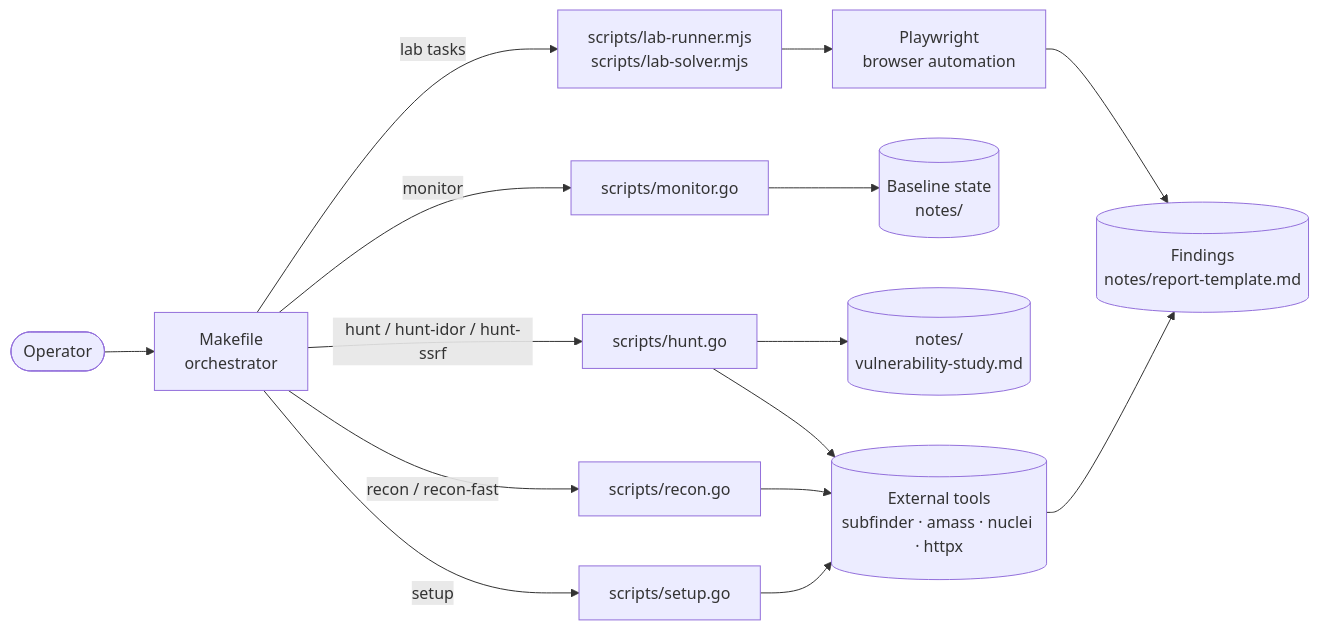
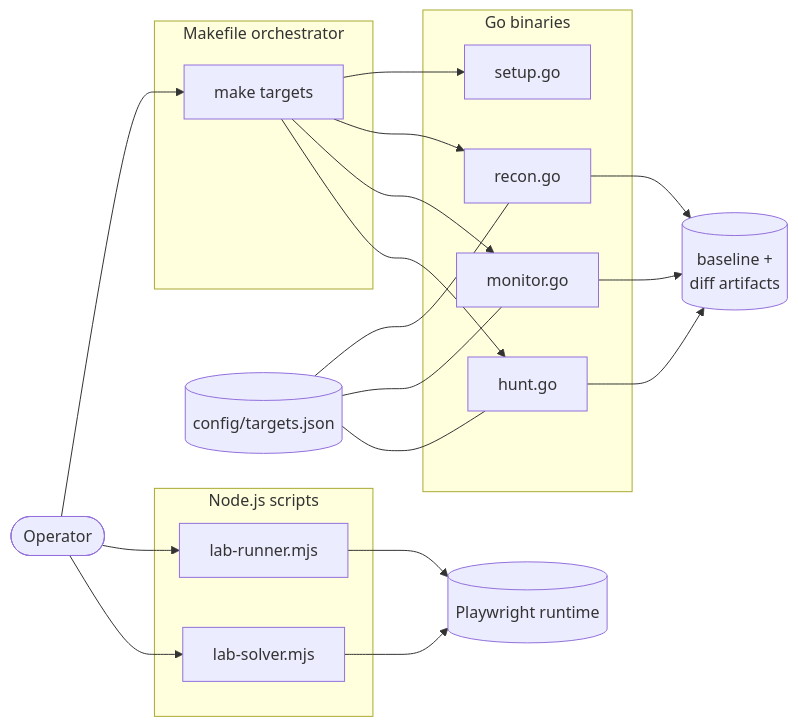
The diagram in README.md (jclee941/bug), drawn with Mermaid before and after one commit. The commit also changed other lines of this file, not shown here.

````diff
--- a/README.md
+++ b/README.md
@@ -53,19 +69,44 @@
 ```mermaid
 flowchart LR
-    User([Operator]) --> Make[Makefile<br/>orchestrator]
-    Make -->|setup| Setup[scripts/setup.go]
-    Make -->|recon / recon-fast| Recon[scripts/recon.go]
-    Make -->|monitor| Monitor[scripts/monitor.go]
-    Make -->|hunt / hunt-idor / hunt-ssrf| Hunt[scripts/hunt.go]
-    Make -->|lab tasks| LabJS[scripts/lab-runner.mjs<br/>scripts/lab-solver.mjs]
+    User([Operator])
 
-    Setup --> Tools[(External tools<br/>subfinder · amass · nuclei · httpx)]
-    Recon --> Tools
-    Monitor --> State[(Baseline state<br/>notes/)]
-    Hunt --> Tools
-    Hunt --> Notes[(notes/<br/>vulnerability-study.md)]
+    subgraph Orchestration["Makefile orchestrator"]
+        Make[make targets]
+    end
 
-    LabJS --> Playwright[Playwright<br/>browser automation]
-    Tools --> Findings[(Findings<br/>notes/report-template.md)]
-    Playwright --> Findings
+    subgraph GoBinaries["Go binaries"]
+        Setup[setup.go]
+        Recon[recon.go]
+        Monitor[monitor.go]
+        Hunt[hunt.go]
+    end
+
+    subgraph NodeScripts["Node.js scripts"]
+        LabRunner[lab-runner.mjs]
+        LabSolver[lab-solver.mjs]
+    end
+
+    Config[(config/targets.json)]
+    Artifacts[(baseline +<br/>diff artifacts)]
+    Playwright[(Playwright runtime)]
+
+    User --> Make
+    Make --> Setup
+    Make --> Recon
+    Make --> Monitor
+    Make --> Hunt
+
+    User --> LabRunner
+    User --> LabSolver
+
+    Config --- Recon
+    Config --- Monitor
+    Config --- Hunt
+
+    Recon --> Artifacts
+    Monitor --> Artifacts
+    Hunt --> Artifacts
+
+    LabRunner --> Playwright
+    LabSolver --> Playwright
 ```
````
